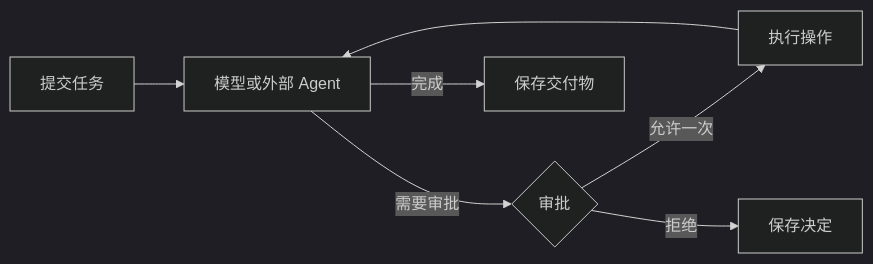
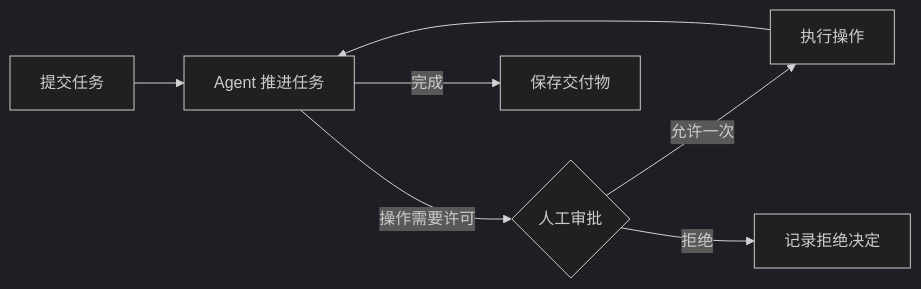
One commit to AuronaLabs/Fliuno changed the diagram in README.md. Above: the diagram before and after it, drawn with Mermaid (dark theme). The commit also changed other lines of this file and 22 other files, not shown here.

````diff
--- a/README.md
+++ b/README.md
@@ -54,9 +52,9 @@
 ```mermaid
 flowchart LR
-  Task[提交任务] --> Step[模型或外部 Agent]
-  Step -->|需要审批| Review{审批}
-  Review -->|允许一次| Tool[执行操作]
-  Tool --> Step
-  Review -->|拒绝| Record[保存决定]
-  Step -->|完成| Output[保存交付物]
+  Task[提交任务] --> Agent[Agent 推进任务]
+  Agent -->|操作需要许可| Approval{人工审批}
+  Approval -->|允许一次| Tool[执行操作]
+  Tool --> Agent
+  Approval -->|拒绝| Decision[记录拒绝决定]
+  Agent -->|完成| Artifact[保存交付物]
 ```
````
